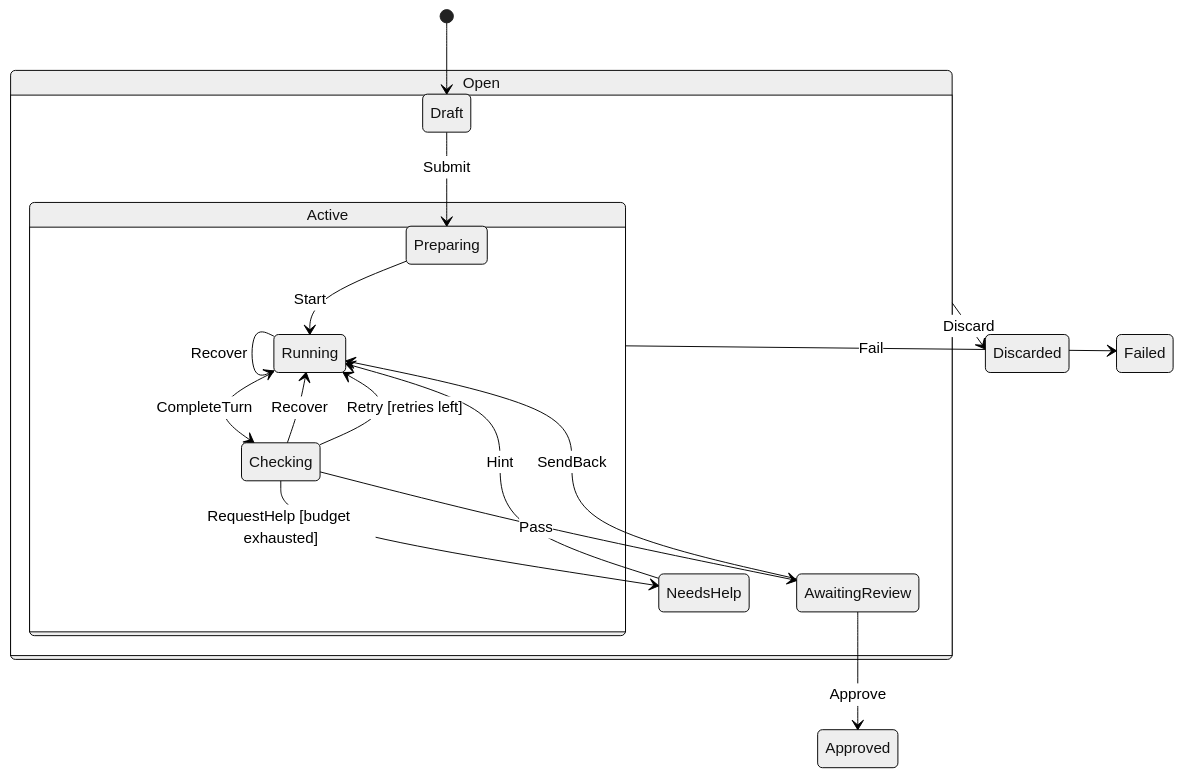
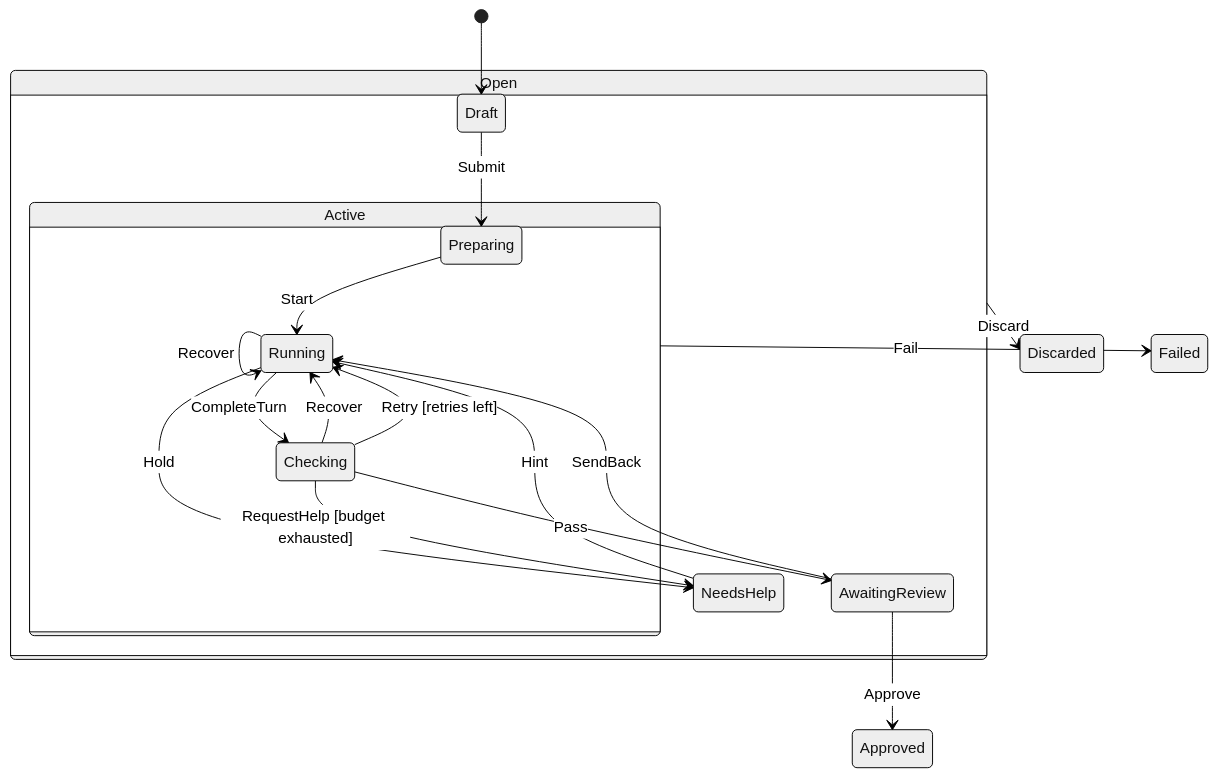
Before and after one commit to rick-dev-creator/avala: the diagram in docs/diagrams/job-lifecycle.md, drawn with Mermaid (neutral theme). The commit also changed 74 other files, not shown here.

````diff
--- a/docs/diagrams/job-lifecycle.md
+++ b/docs/diagrams/job-lifecycle.md
@@ -5,28 +5,29 @@
 ```mermaid
 stateDiagram-v2
 	state Open {
 		Active
 		Draft
 		NeedsHelp
 		AwaitingReview
 	}
 	state Active {
 		Preparing
 		Running
 		Checking
 	}
 	Open --> Discarded : Discard
 	Active --> Failed : Fail
 	Draft --> Preparing : Submit
 	Preparing --> Running : Start
 	Running --> Checking : CompleteTurn
+	Running --> NeedsHelp : Hold
 	Running --> Running : Recover
 	Checking --> Running : Recover
 	Checking --> AwaitingReview : Pass
 	Checking --> Running : Retry [retries left]
 	Checking --> NeedsHelp : RequestHelp [budget exhausted]
 	NeedsHelp --> Running : Hint
 	AwaitingReview --> Running : SendBack
 	AwaitingReview --> Approved : Approve
 [*] --> Draft
 ```
````
